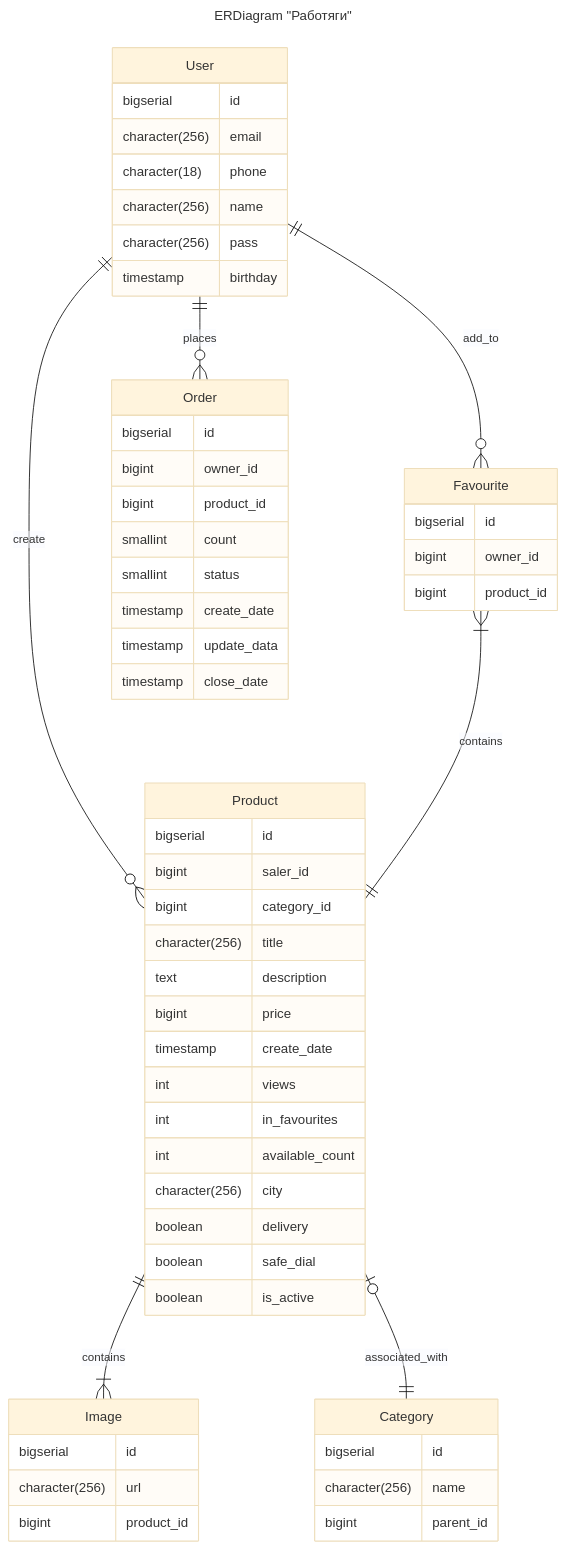
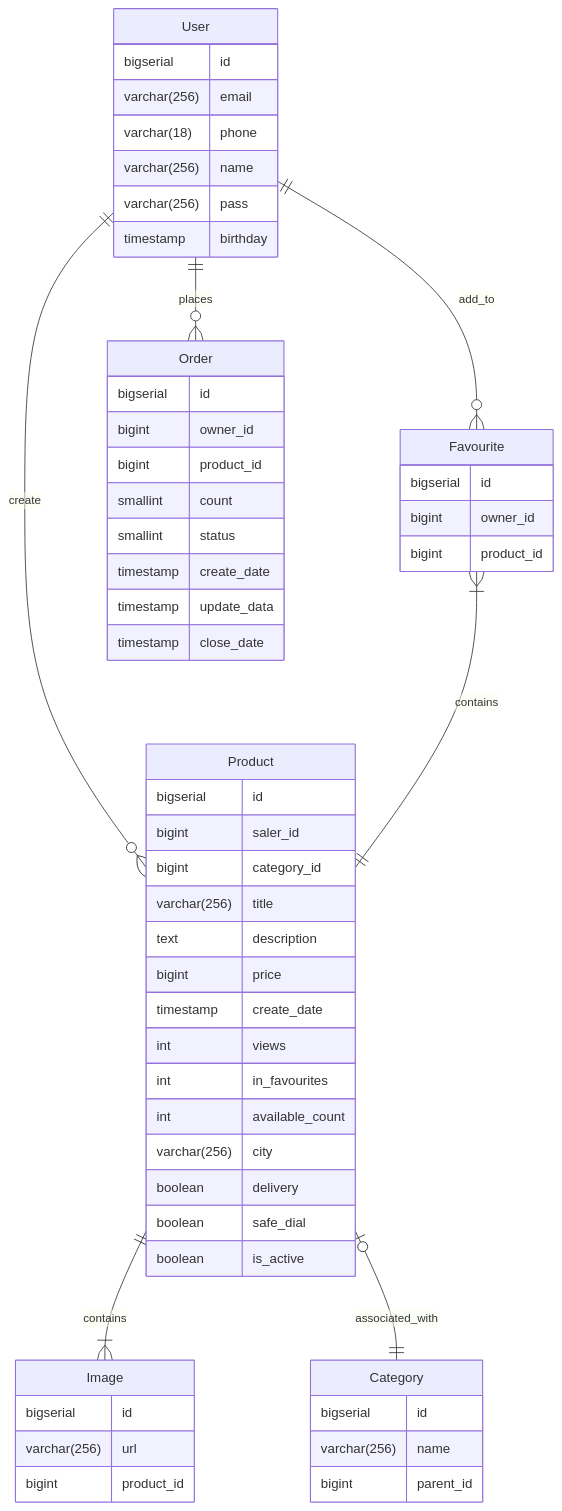
The diagram in db/normilized/relations.md (go-park-mail-ru/2023_2_Rabotyagi), drawn with Mermaid before and after one commit. The commit also changed other lines of this file and 6 other files, not shown here.

````diff
--- a/db/normilized/relations.md
+++ b/db/normilized/relations.md
@@ -129,11 +196,4 @@
 ```mermaid
----
-title: ERDiagram "Работяги"
-config:
-  theme: base
----
-
-  
 
 erDiagram
 
@@ -147,13 +207,13 @@
 
         bigserial id
 
-        character(256) email
+        varchar(256) email
 
-        character(18) phone
+        varchar(18) phone
 
-        character(256) name
+        varchar(256) name
 
-        character(256) pass
+        varchar(256) pass
 
         timestamp birthday
 
@@ -209,7 +269,7 @@
 
         bigint category_id
 
-        character(256) title
+        varchar(256) title
 
         text description
 
@@ -223,7 +283,7 @@
 
         int available_count
 
-        character(256) city
+        varchar(256) city
 
         boolean delivery
 
@@ -239,7 +299,7 @@
 
         bigserial id
 
-        character(256) url
+        varchar(256) url
 
         bigint product_id
 
@@ -251,7 +311,7 @@
 
         bigserial id
 
-        character(256) name
+        varchar(256) name
 
         bigint parent_id
 
````
